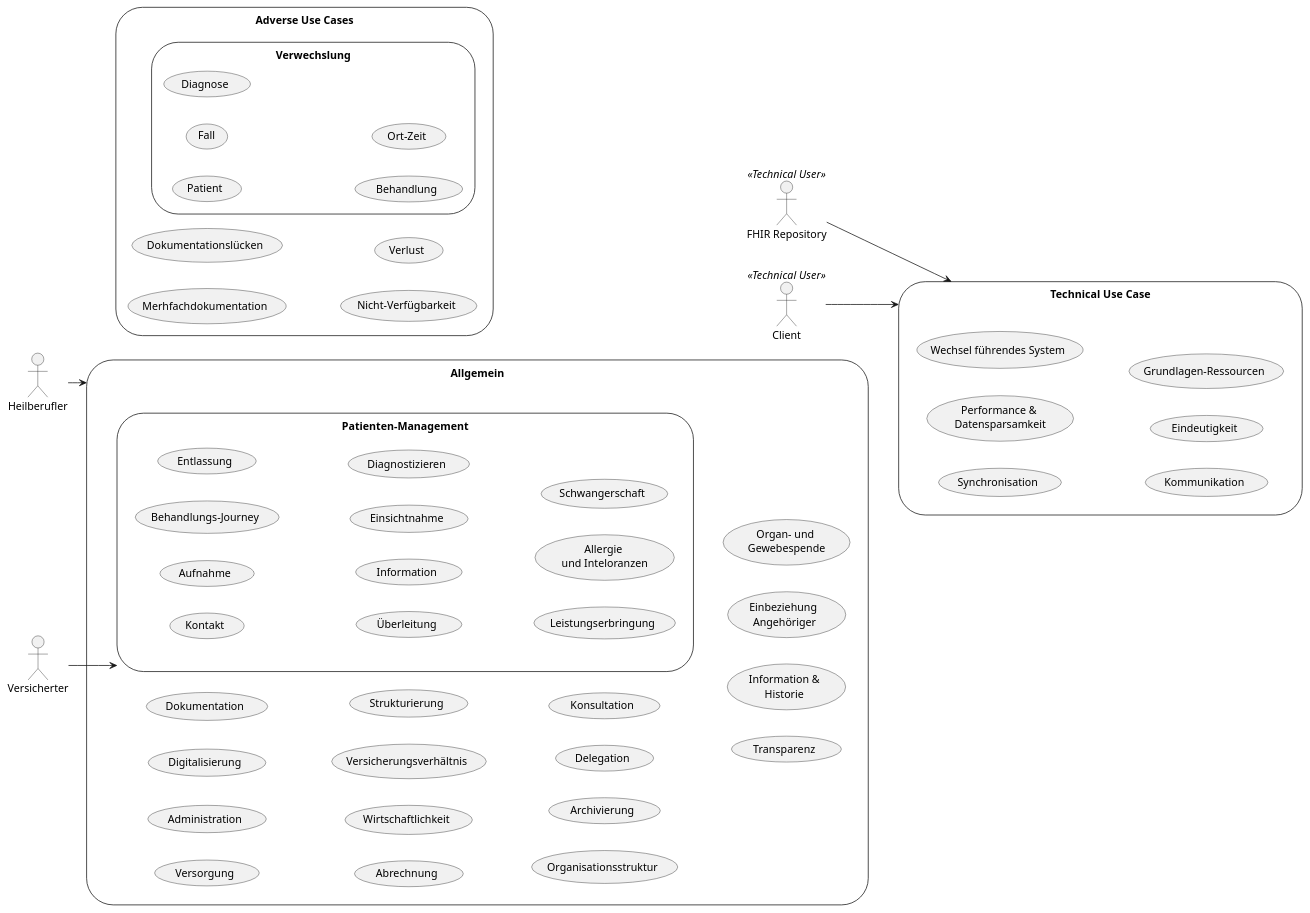
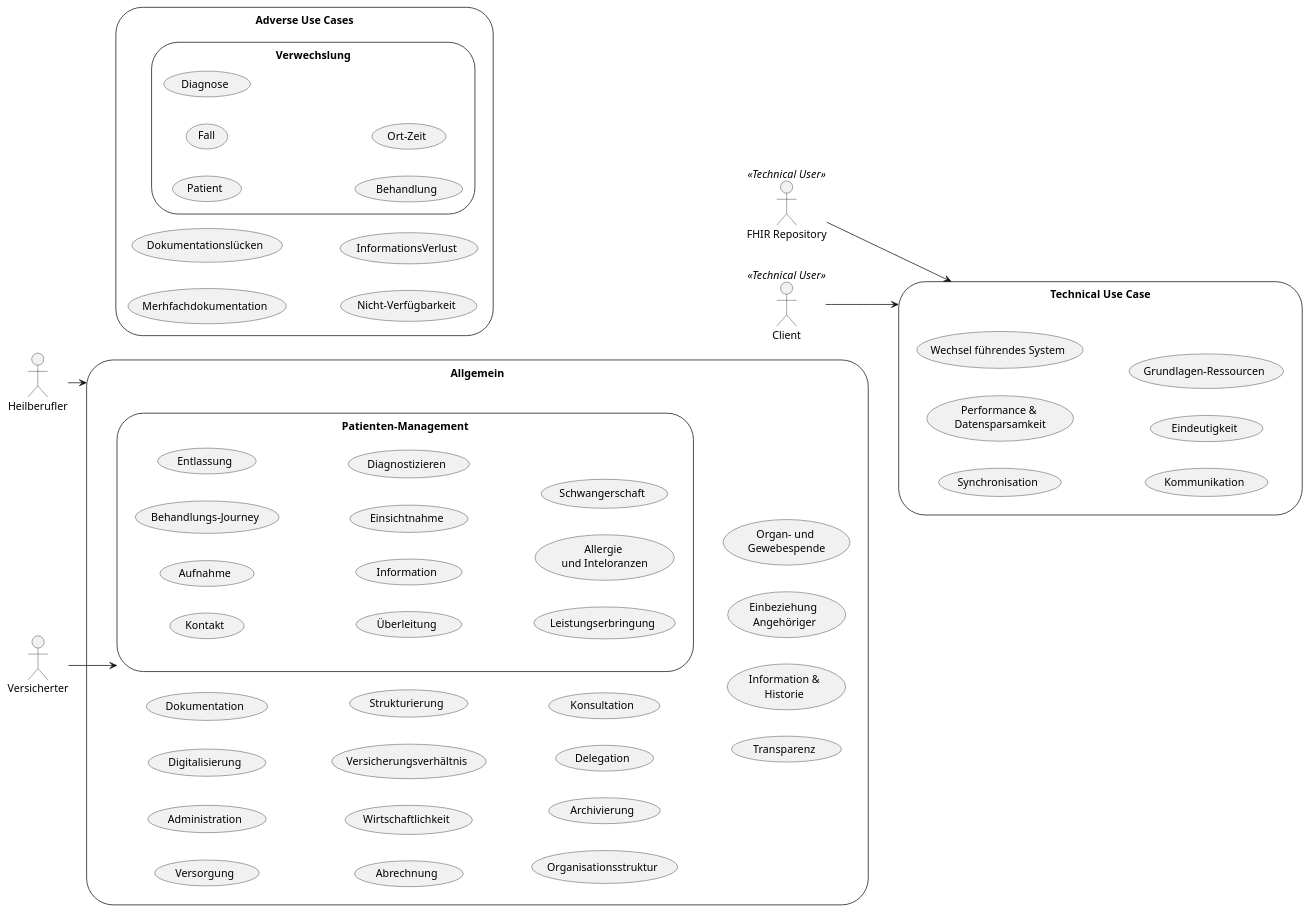
Before and after one commit to gematik/spec-ISiK-Basismodul: the diagram in Material/images/src/plantuml/usecases.puml, drawn with PlantUML. The commit also changed 3 other files, not shown here.

```diff
--- a/Material/images/src/plantuml/usecases.puml
+++ b/Material/images/src/plantuml/usecases.puml
@@ -15,77 +15,77 @@
 @startuml usecases
 left to right direction
 'skinparam packageStyle cloud
 'skinparam linetype ortho
 
 'actor :FHIR Repository: as DB << Application >>
 actor :Heilberufler:
 actor :Versicherter:
 :FHIR Repository: as FhirRepo << Technical User >>
 :Client: as Client << Technical User >>
 
 storage gnrlUC as "Allgemein" {
     (Versorgung)
     (Administration)
     (Digitalisierung)
     (Dokumentation)
     (Abrechnung)
     (Wirtschaftlichkeit)
     (Versicherungsverhältnis)
     (Strukturierung)
     (Organisationsstruktur)
     (Archivierung)
     (Delegation)
     (Konsultation)
     (Transparenz)
     (Information &\nHistorie)
     (Einbeziehung \nAngehöriger)
     (Organ- und \nGewebespende)
     storage patientUC as "Patienten-Management"{
         (Kontakt)
         (Aufnahme) 
         (Behandlungs-Journey)
         (Entlassung)
         (Überleitung)
         (Information)
         (Einsichtnahme)
         (Diagnostizieren)
         (Leistungserbringung)
         (Allergie \nund Inteloranzen)
         (Schwangerschaft)
     }
 }
 
 storage adverseUC as "Adverse Use Cases" {
     storage (Verwechslung){
         (Patient)
         (Fall)
         (Diagnose)
         (Behandlung)
         (Ort-Zeit)
     }
     (Merhfachdokumentation)
     (Dokumentationslücken)
     (Nicht-Verfügbarkeit)
-    (Verlust)
+    (InformationsVerlust)
 }
 
 storage techUC as "Technical Use Case" {
     (Synchronisation)
     (Performance & \nDatensparsamkeit)
     (Wechsel führendes System)
     (Kommunikation)
     (Eindeutigkeit)
     (Grundlagen-Ressourcen)
 }
 
 
 
 Heilberufler --> gnrlUC
 Versicherter --> patientUC
 
 FhirRepo --> techUC
 Client --> techUC
 
 'fncts --> adverseUC : mitigates
 'fncts --> gnrlUC : enables
 @enduml
```
